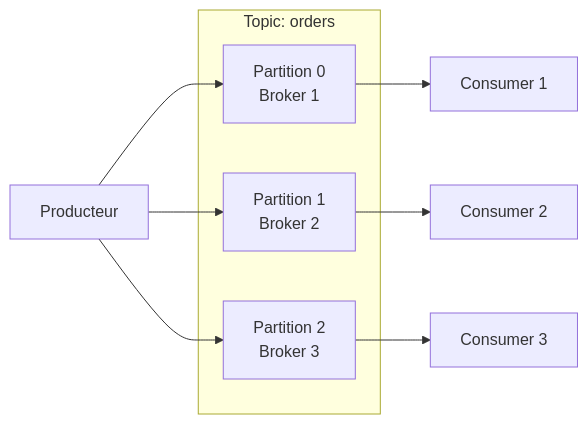
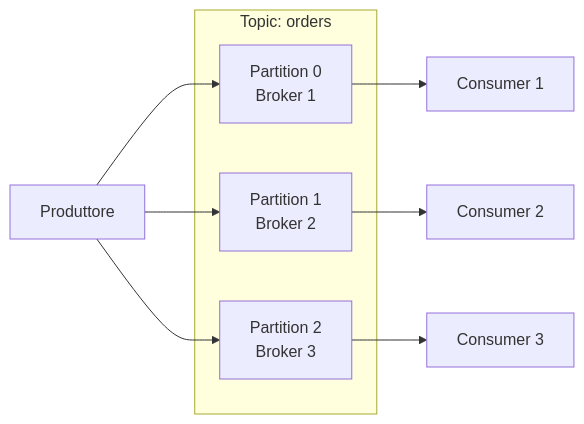
The second of 2 diagrams in i18n/it/docusaurus-plugin-content-docs/current/services/messaging/kafka/concepts.md (HidoraSwiss/hikube-public-doc), drawn with Mermaid before and after one commit. The commit also changed other lines of this file and 121 other files, not shown here.

````diff
--- a/i18n/it/docusaurus-plugin-content-docs/current/services/messaging/kafka/concepts.md
+++ b/i18n/it/docusaurus-plugin-content-docs/current/services/messaging/kafka/concepts.md
@@ -86,16 +86,16 @@
 ```mermaid
 graph LR
     subgraph "Topic: orders"
         P0[Partition 0<br/>Broker 1]
         P1[Partition 1<br/>Broker 2]
         P2[Partition 2<br/>Broker 3]
     end
 
-    Prod[Producteur] --> P0
+    Prod[Produttore] --> P0
     Prod --> P1
     Prod --> P2
 
     P0 --> C1[Consumer 1]
     P1 --> C2[Consumer 2]
     P2 --> C3[Consumer 3]
 ```
````
